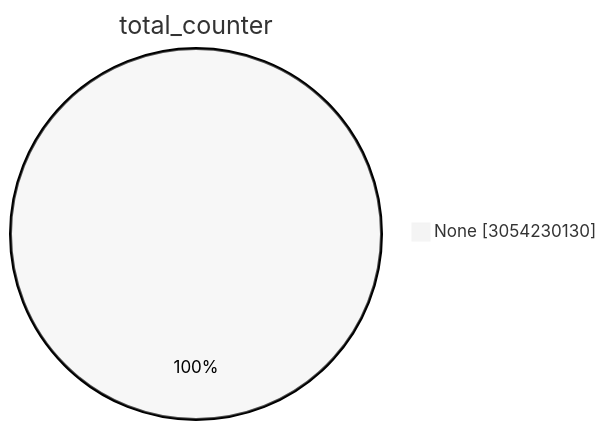
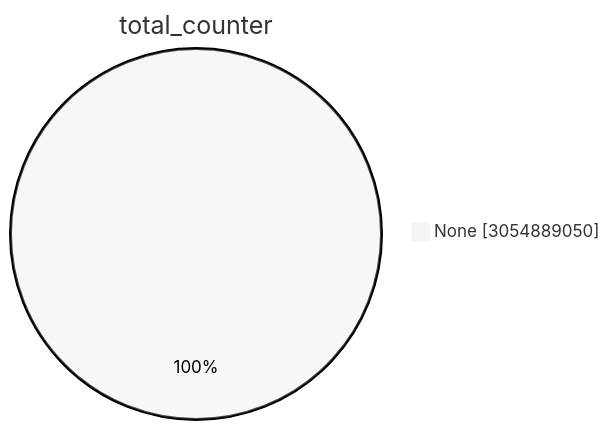
One commit to christiankrug/ctmonitor_visualization changed the first of 15 diagrams in TOTAL/README.md. Above: the diagram before and after it, drawn with Mermaid (neutral theme). The commit also changed other lines of this file, not shown here.

````diff
--- a/TOTAL/README.md
+++ b/TOTAL/README.md
@@ -1,5 +1,5 @@
 ```mermaid
 pie showData
 title total_counter
-"None" :3054230130
+"None" :3054889050
 ```
````
